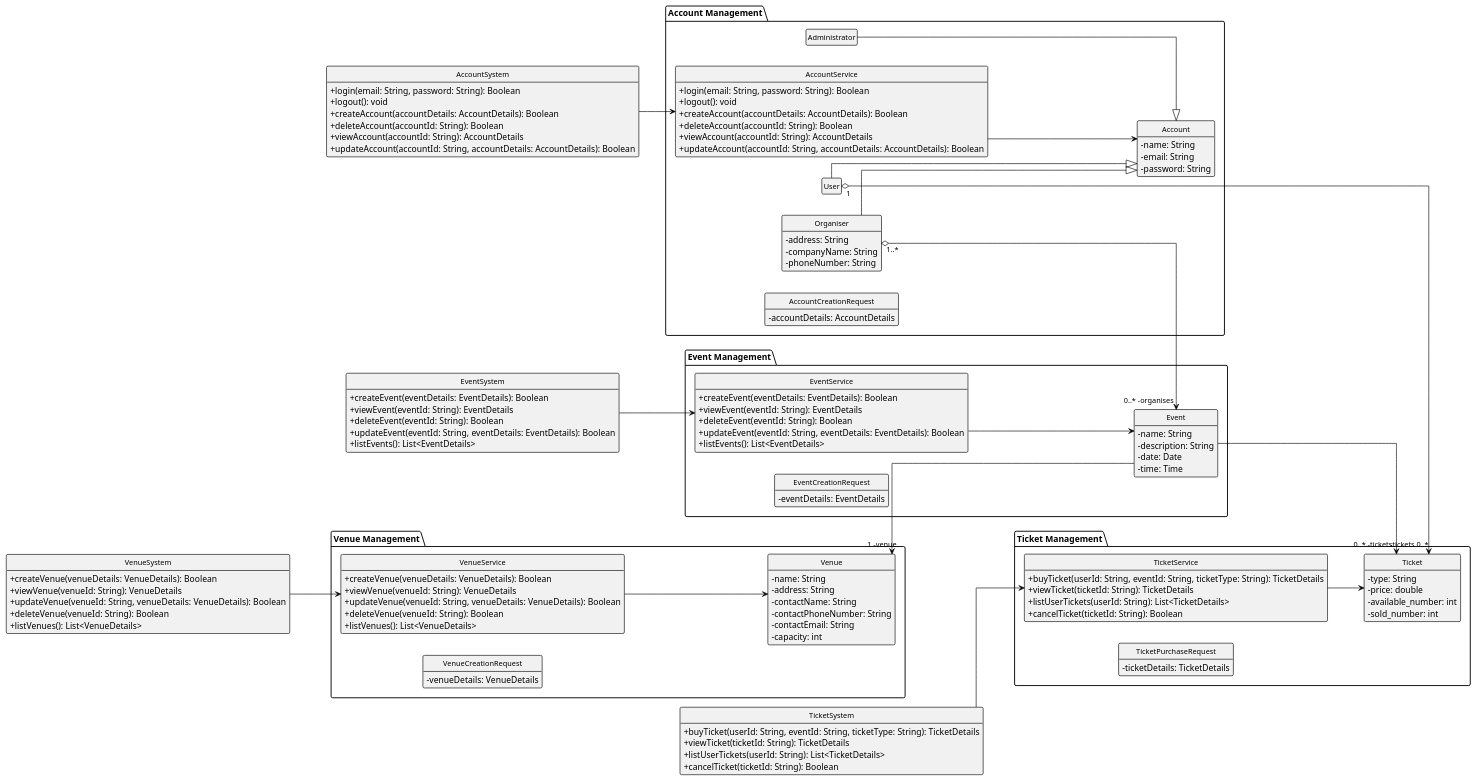
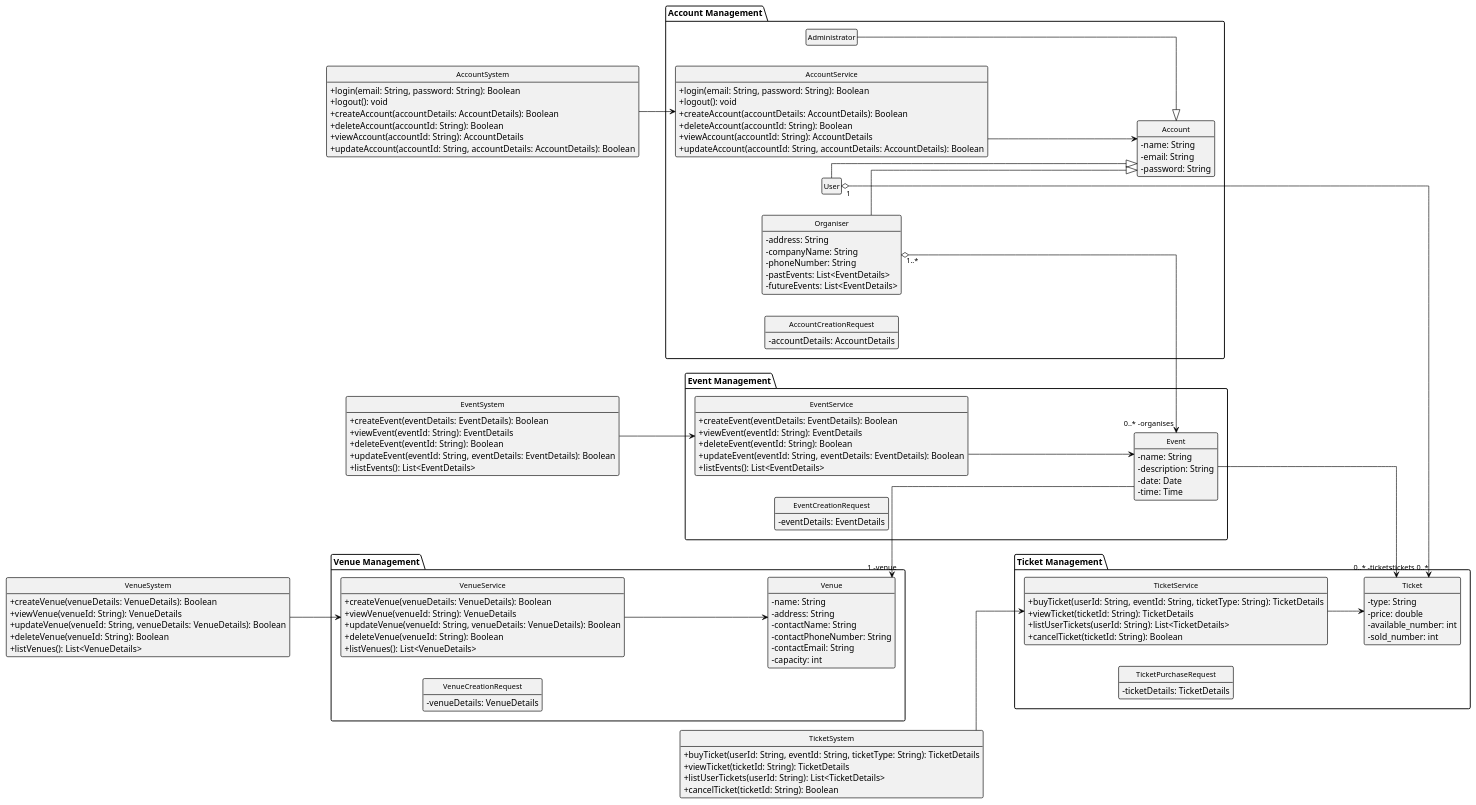
The diagram in 02-analysis/class-diagram/classDiagram.plantuml (MolimoWang/EventManagementSystem), drawn with PlantUML before and after one commit.

Commit message:
half of organizer diagram and add classDiagram.plantuml

```diff
--- a/02-analysis/class-diagram/classDiagram.plantuml
+++ b/02-analysis/class-diagram/classDiagram.plantuml
@@ -1,179 +1,181 @@
 @startuml
 left to right direction
 skinparam monochrome true
 skinparam backgroundColor white
 skinparam shadowing false
 skinparam linetype ortho
 skinparam lineThickness 3   ' Thickness of line
 skinparam noteMargin 30     ' Margins for comments
 skinparam ranksep 100        ' Control vertical spacing
 skinparam nodesep 200        ' Control horizontal spacing
 skinparam classFontSize 12
 skinparam ArrowFontSize 12
 skinparam classBorderThickness 1
 skinparam classAttributeIconSize 0
 
 hide class circle
 hide empty members
 hide stereotypes
 
 skinparam class {
     BorderColor black
     ArrowColor black
     FontColor black
     FontName Arial
     FontSize 12
 }
 
 ' Account Management Group
 package "Account Management" {
     class Account {
         - name: String
         - email: String
         - password: String
     }
     class Administrator {
     }
     class Organiser {
         - address: String
         - companyName: String
         - phoneNumber: String
+        - pastEvents: List<EventDetails>
+        - futureEvents: List<EventDetails>
     }
     class User {
     }
 
     class AccountService {
         +login(email: String, password: String): Boolean
         +logout(): void
         +createAccount(accountDetails: AccountDetails): Boolean
         +deleteAccount(accountId: String): Boolean
         +viewAccount(accountId: String): AccountDetails
         +updateAccount(accountId: String, accountDetails: AccountDetails): Boolean
     }
 
     class AccountCreationRequest {
         - accountDetails: AccountDetails
     }
 
     Administrator --|> Account
     Organiser --|> Account
     User --|> Account
     AccountService --> Account
 }
 
 ' Venue Management Group
 package "Venue Management" {
     class Venue {
         - name: String
         - address: String
         - contactName: String
         - contactPhoneNumber: String
         - contactEmail: String
         - capacity: int
     }
 
     class VenueService {
         +createVenue(venueDetails: VenueDetails): Boolean
         +viewVenue(venueId: String): VenueDetails
         +updateVenue(venueId: String, venueDetails: VenueDetails): Boolean
         +deleteVenue(venueId: String): Boolean
         +listVenues(): List<VenueDetails>
     }
 
     class VenueCreationRequest {
         - venueDetails: VenueDetails
     }
 
     VenueService --> Venue
 }
 
 ' Event Management Group
 package "Event Management" {
     class Event {
         - name: String
         - description: String
         - date: Date
         - time: Time
     }
 
     class EventService {
         +createEvent(eventDetails: EventDetails): Boolean
         +viewEvent(eventId: String): EventDetails
         +deleteEvent(eventId: String): Boolean
         +updateEvent(eventId: String, eventDetails: EventDetails): Boolean
         +listEvents(): List<EventDetails>
     }
 
     class EventCreationRequest {
         - eventDetails: EventDetails
     }
 
     Venue "1 -venue" <-- Event
     EventService --> Event
 }
 
 ' Ticket Management Group
 package "Ticket Management" {
     class Ticket {
         - type: String
         - price: double
         - available_number: int
         - sold_number: int
     }
 
     class TicketService {
         +buyTicket(userId: String, eventId: String, ticketType: String): TicketDetails
         +viewTicket(ticketId: String): TicketDetails
         +listUserTickets(userId: String): List<TicketDetails>
         +cancelTicket(ticketId: String): Boolean
     }
 
     class TicketPurchaseRequest {
         - ticketDetails: TicketDetails
     }
 
     Event --> "0..* -tickets" Ticket
     TicketService --> Ticket
 }
 
 ' System classes for each module
 class AccountSystem {
     +login(email: String, password: String): Boolean
     +logout(): void
     +createAccount(accountDetails: AccountDetails): Boolean
     +deleteAccount(accountId: String): Boolean
     +viewAccount(accountId: String): AccountDetails
     +updateAccount(accountId: String, accountDetails: AccountDetails): Boolean
 }
 AccountSystem --> AccountService
 
 class VenueSystem {
     +createVenue(venueDetails: VenueDetails): Boolean
     +viewVenue(venueId: String): VenueDetails
     +updateVenue(venueId: String, venueDetails: VenueDetails): Boolean
     +deleteVenue(venueId: String): Boolean
     +listVenues(): List<VenueDetails>
 }
 VenueSystem --> VenueService
 
 class EventSystem {
     +createEvent(eventDetails: EventDetails): Boolean
     +viewEvent(eventId: String): EventDetails
     +deleteEvent(eventId: String): Boolean
     +updateEvent(eventId: String, eventDetails: EventDetails): Boolean
     +listEvents(): List<EventDetails>
 }
 EventSystem --> EventService
 
 class TicketSystem {
     +buyTicket(userId: String, eventId: String, ticketType: String): TicketDetails
     +viewTicket(ticketId: String): TicketDetails
     +listUserTickets(userId: String): List<TicketDetails>
     +cancelTicket(ticketId: String): Boolean
 }
 TicketSystem --> TicketService
 
 Organiser "1..*" o--> "0..* -organises" Event
 User "1" o--> "-tickets 0..*" Ticket
 
 @enduml
```
